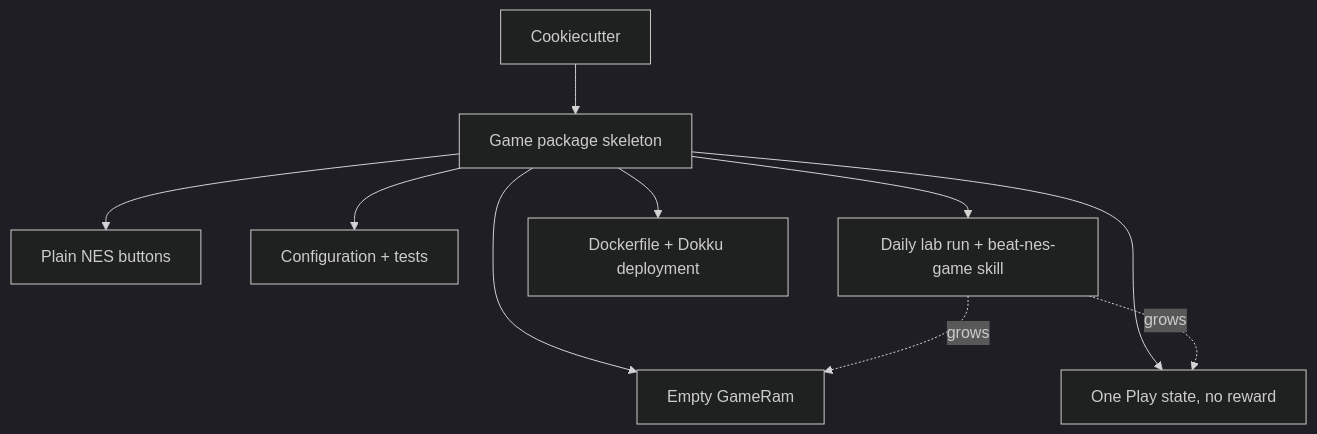
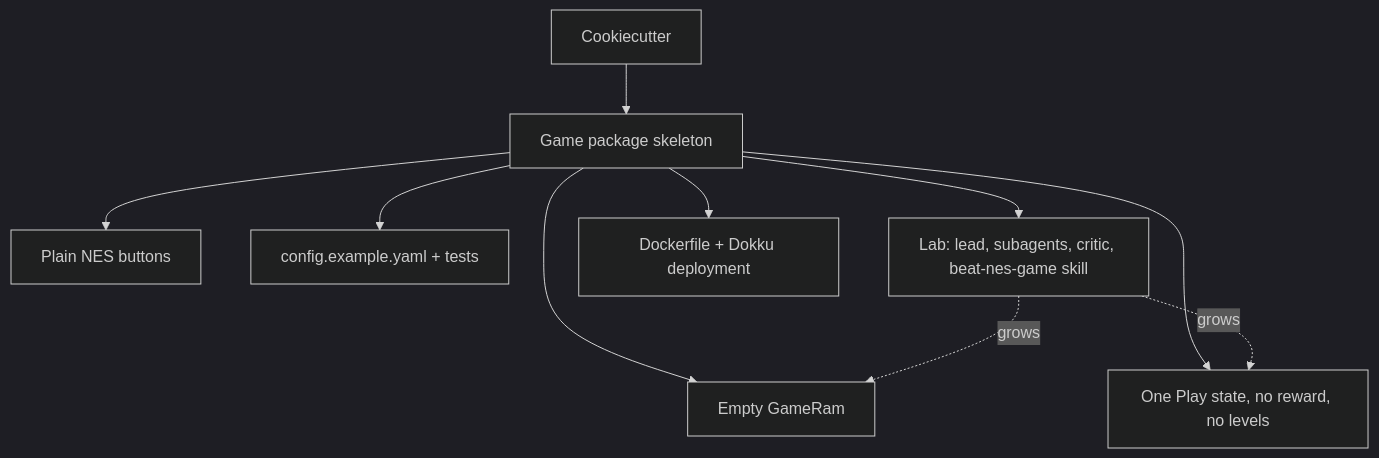
The diagram in README.md (datenwissenschaften/retro-speedlab), drawn with Mermaid (dark theme) before and after one commit. The commit also changed other lines of this file and 35 other files, not shown here.

First line of the commit message:
feat(template): generate game packages for the Go-Explore speedrun search and the current lab

````diff
--- a/README.md
+++ b/README.md
@@ -15,12 +14,12 @@
 ```mermaid
 flowchart TD
     CC[Cookiecutter] --> GEN[Game package skeleton]
     GEN --> A[Plain NES buttons]
     GEN --> B[Empty GameRam]
-    GEN --> C[One Play state, no reward]
-    GEN --> D[Configuration + tests]
-    GEN --> E[Daily lab run + beat-nes-game skill]
+    GEN --> C[One Play state, no reward, no levels]
+    GEN --> D[config.example.yaml + tests]
+    GEN --> E[Lab: lead, subagents, critic, beat-nes-game skill]
     GEN --> F[Dockerfile + Dokku deployment]
     E -. grows .-> B
     E -. grows .-> C
 ```
````
